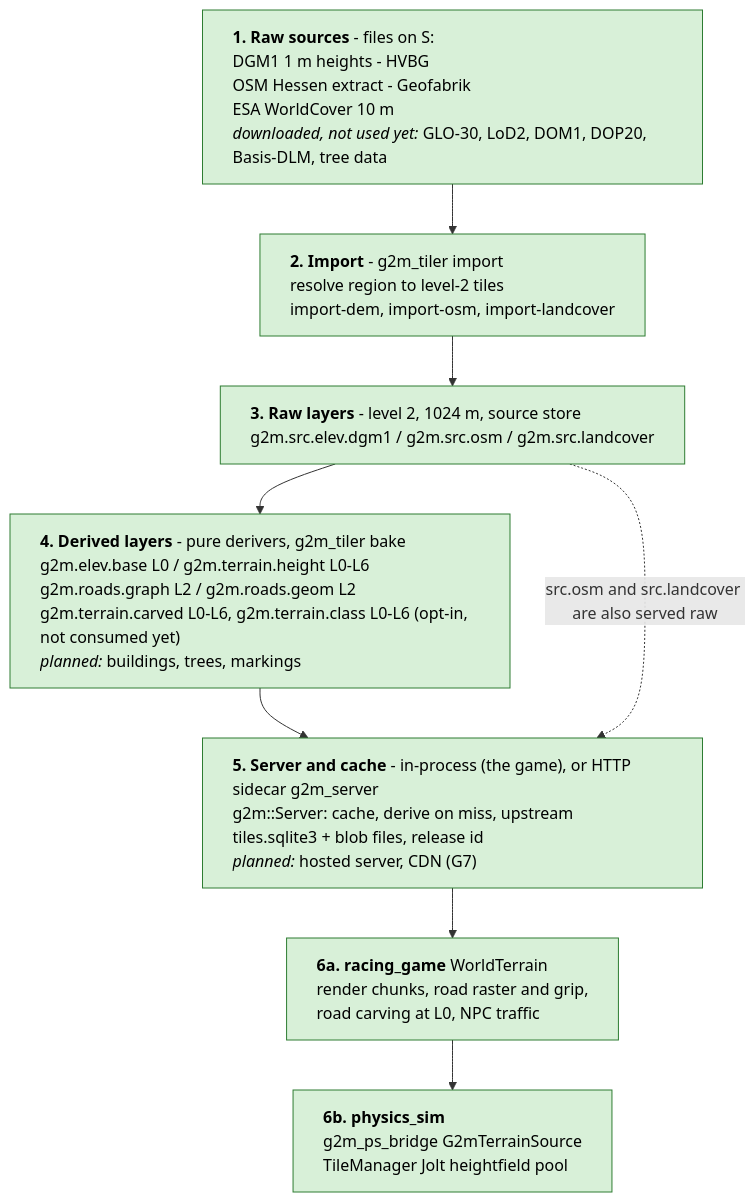
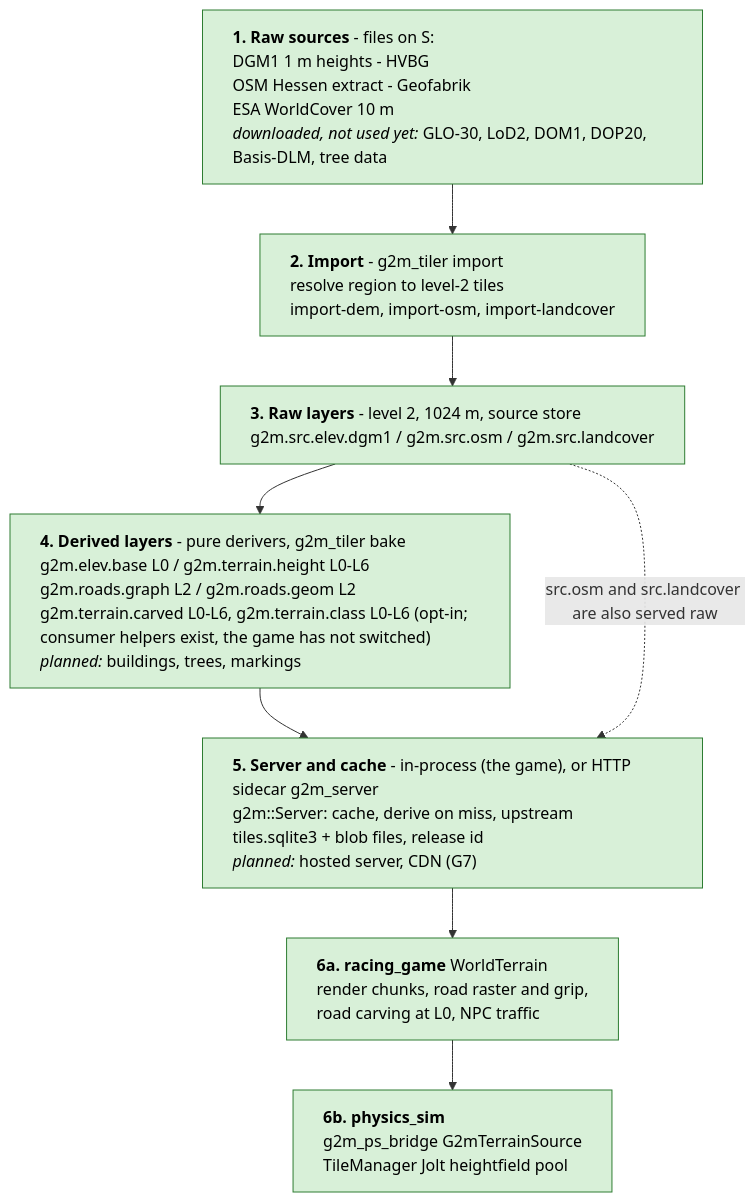
One commit to SebastianDanielFrenz/geo2map_engine changed the first of 4 diagrams in docs/pipeline/README.md. Above: the diagram before and after it, drawn with Mermaid. The commit also changed other lines of this file and 15 other files, not shown here.

````diff
--- a/docs/pipeline/README.md
+++ b/docs/pipeline/README.md
@@ -30,16 +30,16 @@
 ```mermaid
 %%{init: {"flowchart": {"wrappingWidth": 440, "useMaxWidth": false}}}%%
 flowchart TB
   SRC["<b>1. Raw sources</b> - files on S:<br/>DGM1 1 m heights - HVBG<br/>OSM Hessen extract - Geofabrik<br/>ESA WorldCover 10 m<br/><i>downloaded, not used yet:</i> GLO-30, LoD2, DOM1, DOP20, Basis-DLM, tree data"]
   IMP["<b>2. Import</b> - g2m_tiler import<br/>resolve region to level-2 tiles<br/>import-dem, import-osm, import-landcover"]
   RAW["<b>3. Raw layers</b> - level 2, 1024 m, source store<br/>g2m.src.elev.dgm1 / g2m.src.osm / g2m.src.landcover"]
-  BAKE["<b>4. Derived layers</b> - pure derivers, g2m_tiler bake<br/>g2m.elev.base L0 / g2m.terrain.height L0-L6<br/>g2m.roads.graph L2 / g2m.roads.geom L2<br/>g2m.terrain.carved L0-L6, g2m.terrain.class L0-L6 (opt-in, not consumed yet)<br/><i>planned:</i> buildings, trees, markings"]
+  BAKE["<b>4. Derived layers</b> - pure derivers, g2m_tiler bake<br/>g2m.elev.base L0 / g2m.terrain.height L0-L6<br/>g2m.roads.graph L2 / g2m.roads.geom L2<br/>g2m.terrain.carved L0-L6, g2m.terrain.class L0-L6 (opt-in; consumer helpers exist, the game has not switched)<br/><i>planned:</i> buildings, trees, markings"]
   SRV["<b>5. Server and cache</b> - in-process (the game), or HTTP sidecar g2m_server<br/>g2m::Server: cache, derive on miss, upstream<br/>tiles.sqlite3 + blob files, release id<br/><i>planned:</i> hosted server, CDN (G7)"]
   GAME["<b>6a. racing_game</b> WorldTerrain<br/>render chunks, road raster and grip,<br/>road carving at L0, NPC traffic"]
   PHYS["<b>6b. physics_sim</b><br/>g2m_ps_bridge G2mTerrainSource<br/>TileManager Jolt heightfield pool"]
   SRC --> IMP --> RAW --> BAKE --> SRV --> GAME --> PHYS
   RAW -. "src.osm and src.landcover are also served raw" .-> SRV
 
   classDef done fill:#d8f0d8,stroke:#2e7d32,color:#000,text-align:left;
   class SRC,IMP,RAW,BAKE,SRV,GAME,PHYS done;
 ```
````
